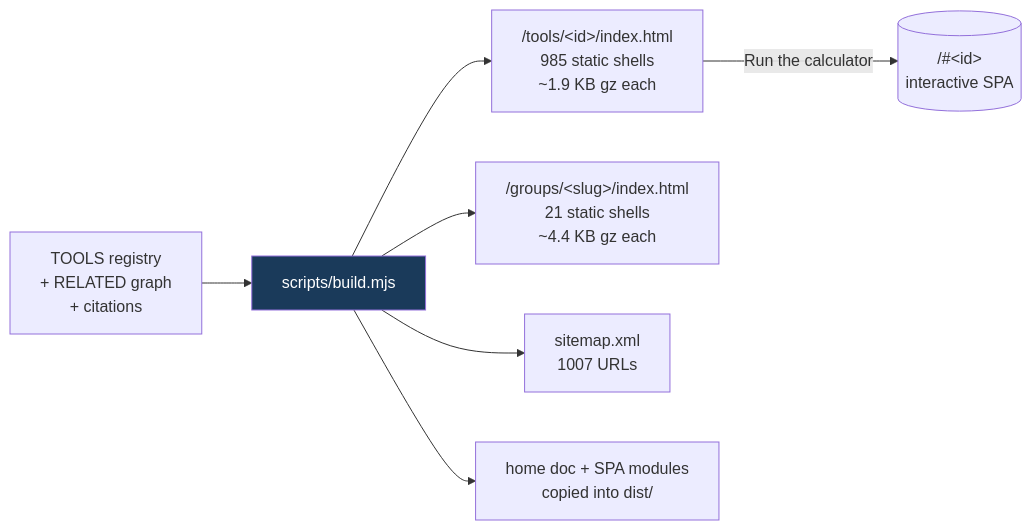
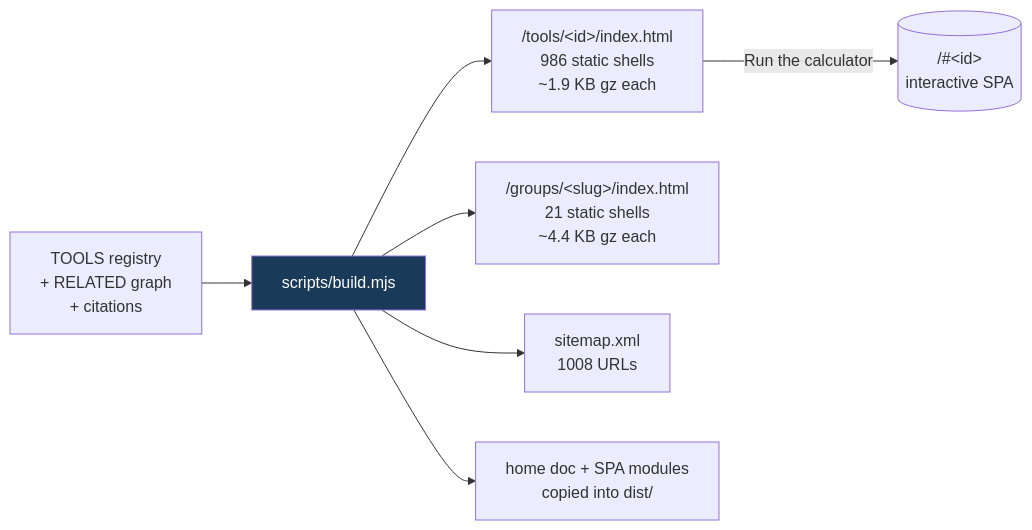
Before and after one commit to clay-good/roughlogic.com: the fifth of 8 diagrams in README.md, drawn with Mermaid. The commit also changed other lines of this file and 13 other files, not shown here.

````diff
--- a/README.md
+++ b/README.md
@@ -495,10 +495,10 @@
 ```mermaid
 flowchart LR
     SRC[TOOLS registry\n+ RELATED graph\n+ citations] --> BUILD[scripts/build.mjs]
-    BUILD --> TILE["/tools/&lt;id&gt;/index.html\n985 static shells\n~1.9 KB gz each"]
+    BUILD --> TILE["/tools/&lt;id&gt;/index.html\n986 static shells\n~1.9 KB gz each"]
     BUILD --> GROUP["/groups/&lt;slug&gt;/index.html\n21 static shells\n~4.4 KB gz each"]
-    BUILD --> MAP["sitemap.xml\n1007 URLs"]
+    BUILD --> MAP["sitemap.xml\n1008 URLs"]
     BUILD --> COPY[home doc + SPA modules\ncopied into dist/]
     TILE -->|Run the calculator| SPA[("/#&lt;id&gt;\ninteractive SPA")]
     style BUILD fill:#1a3a5a,color:#fff
 ```
````
